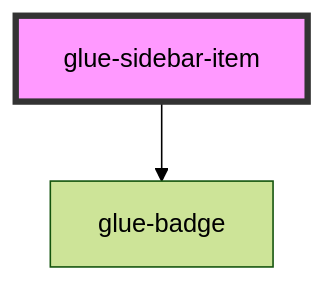
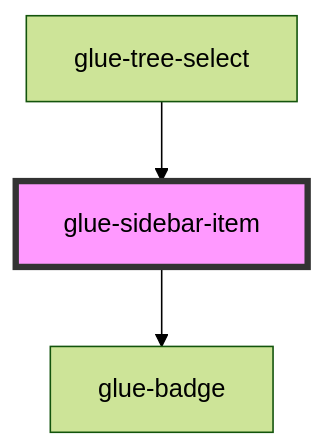
One commit to grasilife/glue changed the diagram in packages/glue-components/src/components/glue-sidebar-item/readme.md. Above: the diagram before and after it, drawn with Mermaid (forest theme). The commit also changed other lines of this file and 29 other files, not shown here.

Commit message:
完善Icon 图标文档

````diff
--- a/packages/glue-components/src/components/glue-sidebar-item/readme.md
+++ b/packages/glue-components/src/components/glue-sidebar-item/readme.md
@@ -32,5 +60,6 @@
 ```mermaid
 graph TD;
   glue-sidebar-item --> glue-badge
+  glue-tree-select --> glue-sidebar-item
   style glue-sidebar-item fill:#f9f,stroke:#333,stroke-width:4px
 ```
````
